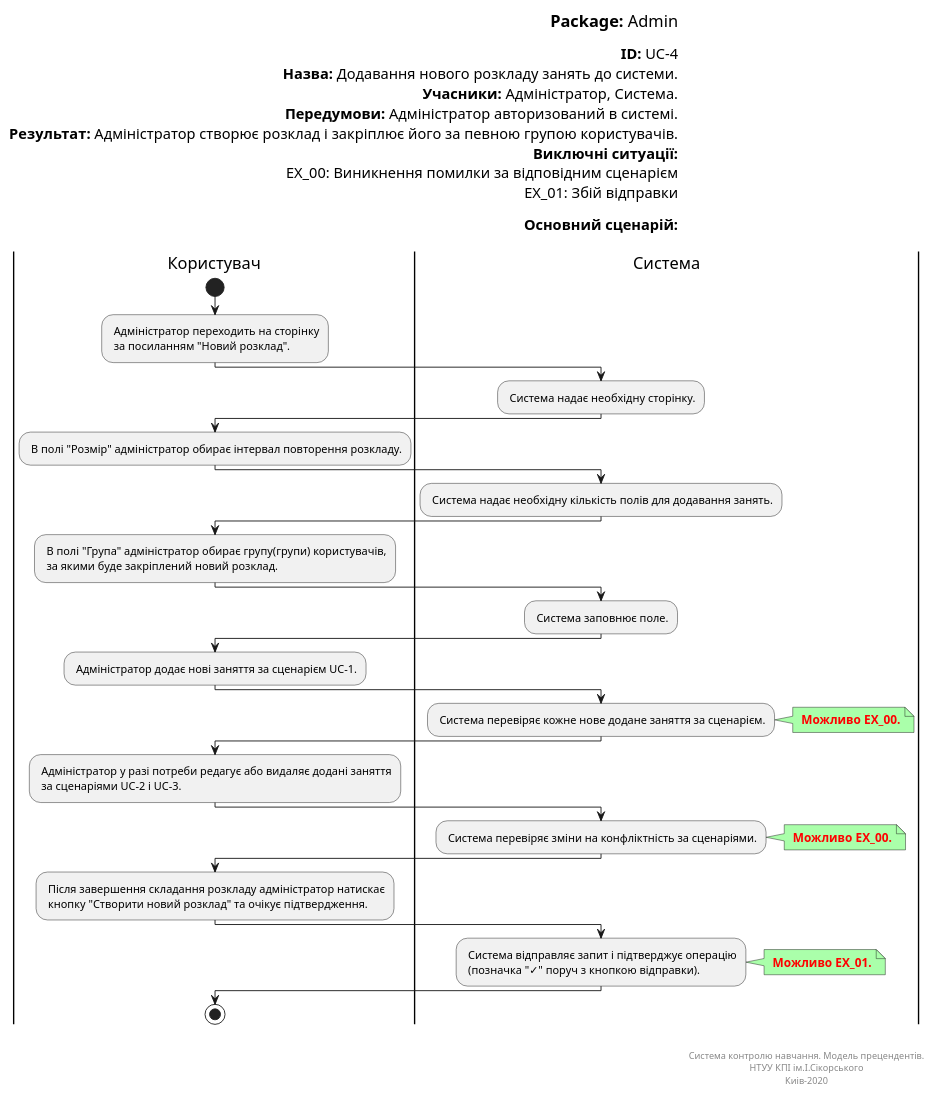
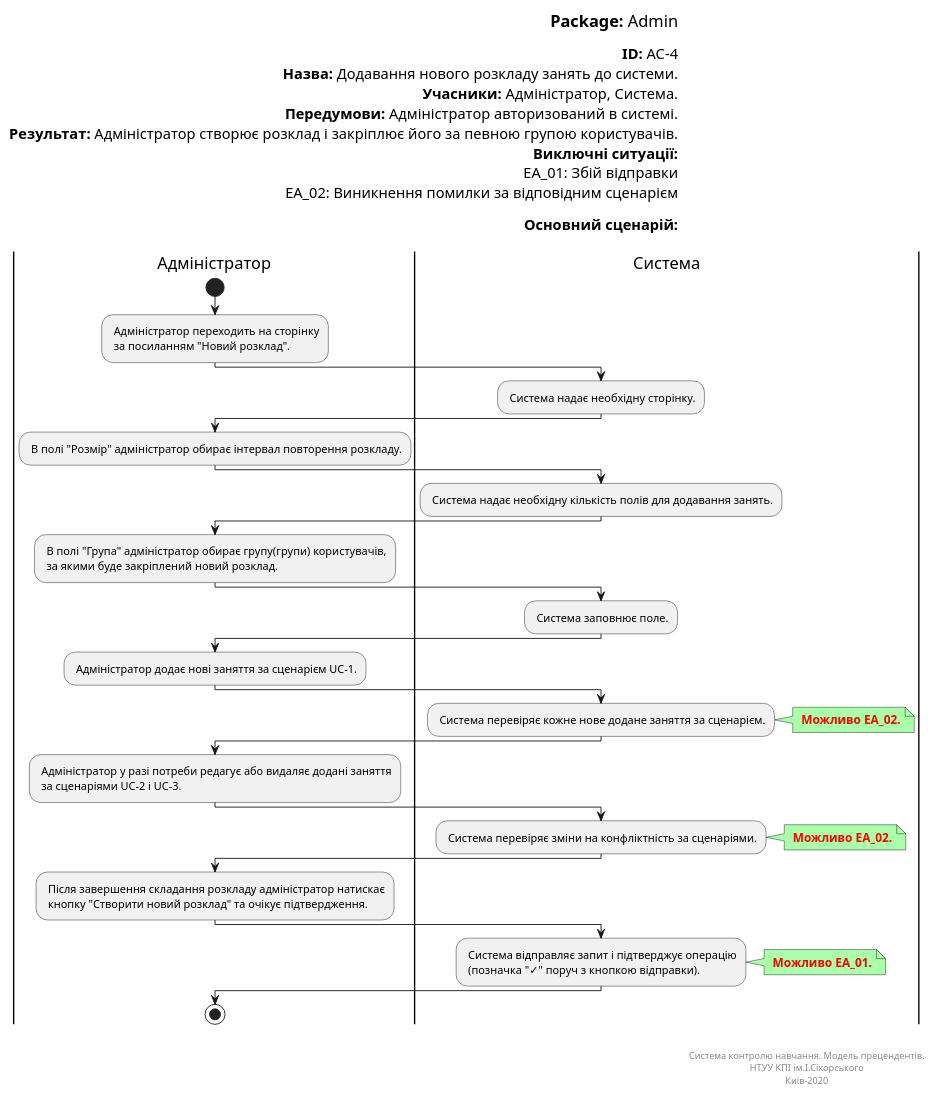
One commit to vladlinu/TeamOne changed the diagram in docs/UML_Diagrams/scenarios/admin/src/add_schedule.pu. Above: the diagram before and after it, drawn with PlantUML. The commit also changed 9 other files, not shown here.

```diff
--- a/docs/UML_Diagrams/scenarios/admin/src/add_schedule.pu
+++ b/docs/UML_Diagrams/scenarios/admin/src/add_schedule.pu
@@ -1,82 +1,82 @@
 @startuml
 left header
 <font color=000 size=18><b>Package:</b> Admin
 
-<font color=000 size=16><b>ID:</b> UC-4
+<font color=000 size=16><b>ID:</b> AC-4
 <font color=000 size=16><b>Назва:</b> Додавання нового розкладу занять до системи.
 <font color=000 size=16><b>Учасники:</b> Адміністратор, Система.
 <font color=000 size=16><b>Передумови:</b> Адміністратор авторизований в системі.
 <font color=000 size=16><b>Результат:</b> Адміністратор створює розклад і закріплює його за певною групою користувачів.
 <font color=000 size=16><b>Виключні ситуації:</b>
-<font color=000 size=16> EX_00: Виникнення помилки за відповідним сценарієм
-<font color=000 size=16> EX_01: Збій відправки
+<font color=000 size=16> EA_01: Збій відправки
+<font color=000 size=16> EA_02: Виникнення помилки за відповідним сценарієм
 
 <font color=000 size=16><b>Основний сценарій:</b>
 
 end header
 
-|Користувач|
+|Адміністратор|
 start
 : Адміністратор переходить на сторінку 
  за посиланням "Новий розклад".;
 
 |Система|
 : Система надає необхідну сторінку.;
 
-|Користувач|
+|Адміністратор|
 : В полі "Розмір" адміністратор обирає інтервал повторення розкладу.;
 
 |Система|
 : Система надає необхідну кількість полів для додавання занять.;
 
-|Користувач|
+|Адміністратор|
 : В полі "Група" адміністратор обирає групу(групи) користувачів, 
  за якими буде закріплений новий розклад.;
 
 |Система|
 : Система заповнює поле.;
 
-|Користувач|
+|Адміністратор|
 : Адміністратор додає нові заняття за сценарієм UC-1.;
 
 |Система|
 : Система перевіряє кожне нове додане заняття за сценарієм.;
 
 note right #aaffaa
-<font color=red><b> Можливо EX_00.
+<font color=red><b> Можливо EA_02.
 end note
 
-|Користувач|
+|Адміністратор|
 : Адміністратор у разі потреби редагує або видаляє додані заняття
  за сценаріями UC-2 і UC-3.;
 
 |Система|
 : Система перевіряє зміни на конфліктність за сценаріями.;
 
 note right #aaffaa
-<font color=red><b> Можливо EX_00.
+<font color=red><b> Можливо EA_02.
 end note
 
-|Користувач|
+|Адміністратор|
 : Після завершення складання розкладу адміністратор натискає
  кнопку "Створити новий розклад" та очікує підтвердження.;
 
 |Система|
 : Система відправляє запит і підтверджує операцію
  (позначка "✓" поруч з кнопкою відправки).;
 
 note right #aaffaa
-<font color=red><b> Можливо EX_01.
+<font color=red><b> Можливо EA_01.
 end note
 
-|Користувач|
+|Адміністратор|
 stop;
 
 right footer
 
 
 Система контролю навчання. Модель прецендентів.
 НТУУ КПІ ім.І.Сікорського
 Киів-2020
 end footer
 @enduml
```
